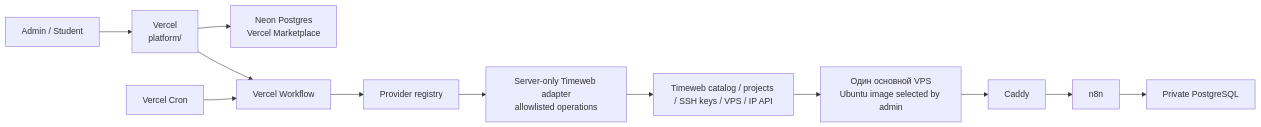
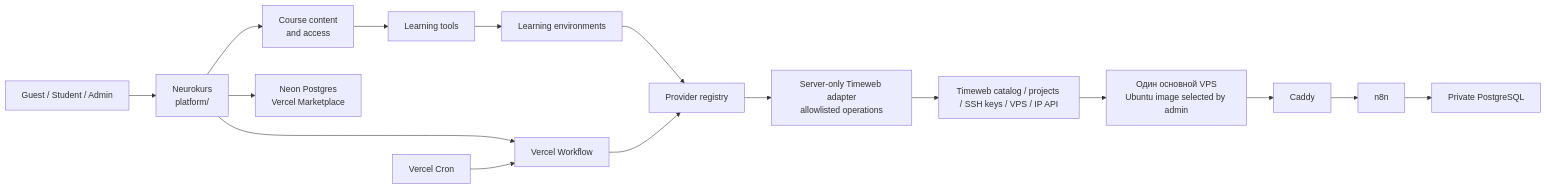
One commit to marcusaure1ius/alfa-ai-course changed the first of 3 diagrams in docs/architecture.md. Above: the diagram before and after it, drawn with Mermaid. The commit also changed other lines of this file and 2 other files, not shown here.

Commit message:
docs(T-0067): define Neurokurs learning workspace

````diff
--- a/docs/architecture.md
+++ b/docs/architecture.md
@@ -16,14 +27,18 @@
 ```mermaid
 flowchart LR
-  U["Admin / Student"] --> V["Vercel\nplatform/"]
+  U["Guest / Student / Admin"] --> V["Neurokurs\nplatform/"]
+  V --> CSE["Course content\nand access"]
+  CSE --> TOOL["Learning tools"]
+  TOOL --> ENV["Learning environments"]
+  ENV --> R
   V --> DB["Neon Postgres\nVercel Marketplace"]
   V --> WF["Vercel Workflow"]
   CR["Vercel Cron"] --> WF
   WF --> R["Provider registry"]
   R --> A["Server-only Timeweb adapter\nallowlisted operations"]
   A --> TW["Timeweb catalog / projects / SSH keys / VPS / IP API"]
   TW --> VPS["Один основной VPS\nUbuntu image selected by admin"]
   VPS --> C["Caddy"]
   C --> N["n8n"]
   N --> P["Private PostgreSQL"]
 ```
````
